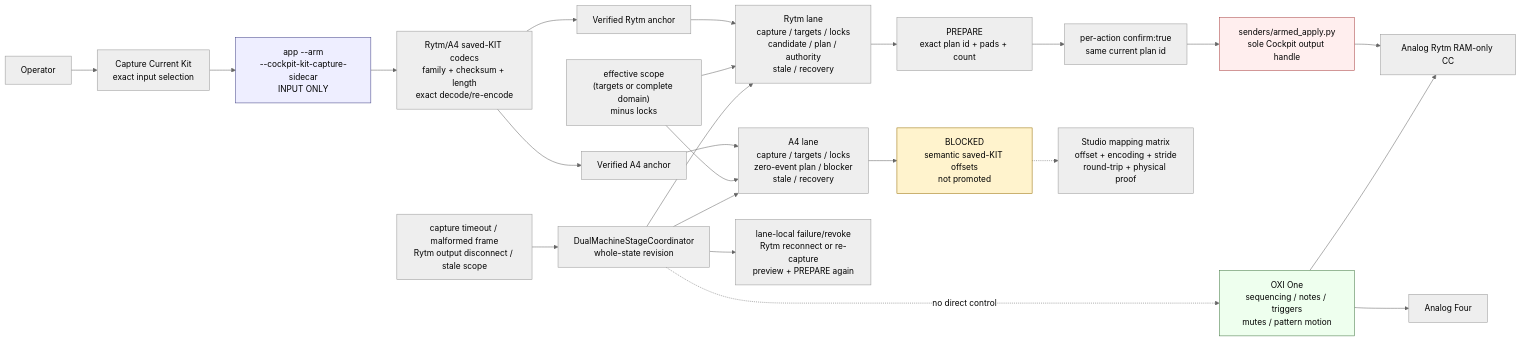
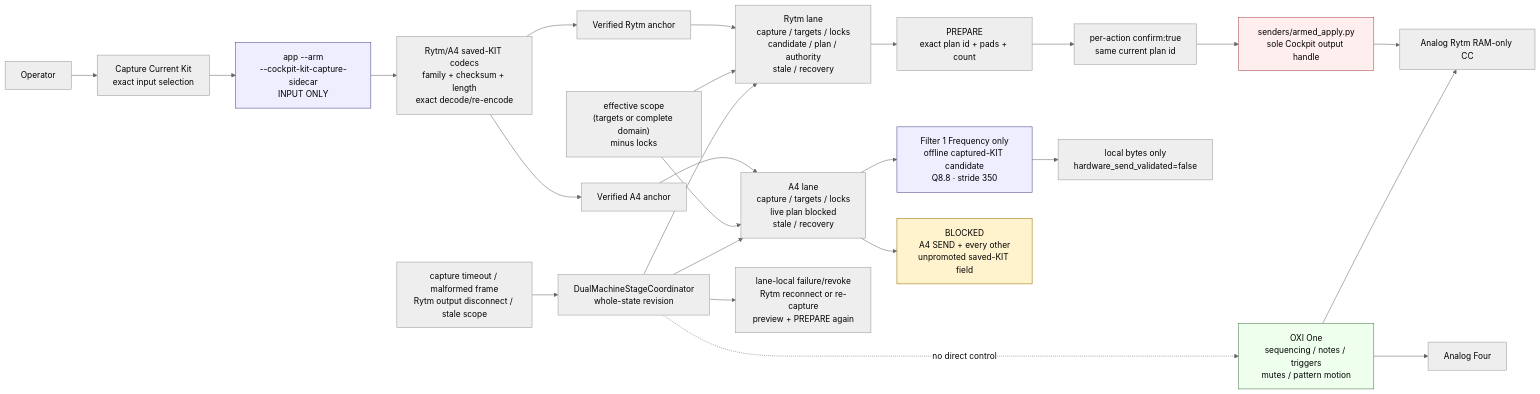
Before and after one commit to buzzijose-hub/RytmRandomizer: diagram 35 of 36 in docs/ARCHITECTURE_DIAGRAMS.md, drawn with Mermaid (neutral theme). The commit also changed other lines of this file and 137 other files, not shown here.

First line of the commit message:
Add Show Kit Forge for paired Rytm and Analog Four live sets (#238)

````diff
--- a/docs/ARCHITECTURE_DIAGRAMS.md
+++ b/docs/ARCHITECTURE_DIAGRAMS.md
@@ -3073,37 +3122,39 @@
 ```mermaid
 flowchart LR
     Operator["Operator"] --> CaptureUI["Capture Current Kit<br/>exact input selection"]
     CaptureUI --> InputBoundary["app --arm<br/>--cockpit-kit-capture-sidecar<br/>INPUT ONLY"]
     InputBoundary --> Codecs["Rytm/A4 saved-KIT codecs<br/>family + checksum + length<br/>exact decode/re-encode"]
 
     Codecs --> RytmAnchor["Verified Rytm anchor"]
     Codecs --> A4Anchor["Verified A4 anchor"]
 
     RytmAnchor --> RytmLane["Rytm lane<br/>capture / targets / locks<br/>candidate / plan / authority<br/>stale / recovery"]
-    A4Anchor --> A4Lane["A4 lane<br/>capture / targets / locks<br/>zero-event plan / blocker<br/>stale / recovery"]
+    A4Anchor --> A4Lane["A4 lane<br/>capture / targets / locks<br/>live plan blocked<br/>stale / recovery"]
 
     Scope["effective scope<br/>(targets or complete domain)<br/>minus locks"] --> RytmLane
     Scope --> A4Lane
     Coordinator["DualMachineStageCoordinator<br/>whole-state revision"] --> RytmLane
     Coordinator --> A4Lane
 
     RytmLane --> Prepare["PREPARE<br/>exact plan id + pads + count"]
     Prepare --> Confirm["per-action confirm:true<br/>same current plan id"]
     Confirm --> ArmedApply["senders/armed_apply.py<br/>sole Cockpit output handle"]
     ArmedApply --> Rytm["Analog Rytm RAM-only CC"]
 
-    A4Lane --> A4Block["BLOCKED<br/>semantic saved-KIT offsets<br/>not promoted"]
-    A4Block -.-> Mapping["Studio mapping matrix<br/>offset + encoding + stride<br/>round-trip + physical proof"]
+    A4Lane --> A4Offline["Filter 1 Frequency only<br/>offline captured-KIT candidate<br/>Q8.8 · stride 350"]
+    A4Offline --> LocalFile["local bytes only<br/>hardware_send_validated=false"]
+    A4Lane --> A4Block["BLOCKED<br/>A4 SEND + every other<br/>unpromoted saved-KIT field"]
 
     OXI["OXI One<br/>sequencing / notes / triggers<br/>mutes / pattern motion"] --> Rytm
     OXI --> A4["Analog Four"]
     Coordinator -.->|"no direct control"| OXI
 
     Disconnect["capture timeout / malformed frame<br/>Rytm output disconnect / stale scope"] --> Coordinator
     Coordinator --> Recovery["lane-local failure/revoke<br/>Rytm reconnect or re-capture<br/>preview + PREPARE again"]
 
     style InputBoundary fill:#eef,stroke:#448
     style ArmedApply fill:#fee,stroke:#a44
+    style A4Offline fill:#eef,stroke:#448
     style A4Block fill:#fff3cd,stroke:#997000
     style OXI fill:#efe,stroke:#474
 ```
````
